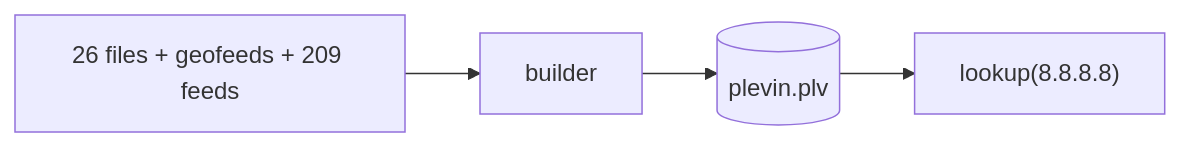
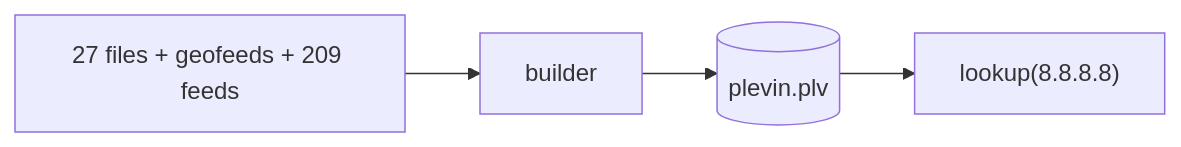
One commit to tn3w/plevin changed the first of 5 diagrams in builder/README.md. Above: the diagram before and after it, drawn with Mermaid. The commit also changed other lines of this file and 38 other files, not shown here.

````diff
--- a/builder/README.md
+++ b/builder/README.md
@@ -21,4 +21,4 @@
 ```mermaid
 flowchart LR
-    S["26 files + geofeeds + 209 feeds"] --> B[builder] --> D[("plevin.plv")] --> Q["lookup(8.8.8.8)"]
+    S["27 files + geofeeds + 209 feeds"] --> B[builder] --> D[("plevin.plv")] --> Q["lookup(8.8.8.8)"]
 ```
````
